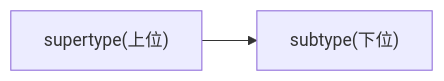
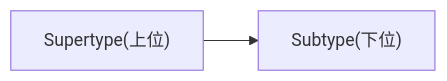
Before and after one commit to yo-goto/zenn-public-repo: the first of 5 diagrams in articles/typescript-type-set-hierarchy.md, drawn with Mermaid. The commit also changed other lines of this file, not shown here.

Commit message:
💡 update(article): subtype, supertypeを大文字から始めるように修正

````diff
--- a/articles/typescript-type-set-hierarchy.md
+++ b/articles/typescript-type-set-hierarchy.md
@@ -77,4 +77,4 @@
 ```mermaid
 graph LR
-  A["supertype(上位)"] --> B["subtype(下位)"]
+  A["Supertype(上位)"] --> B["Subtype(下位)"]
 ```
````
